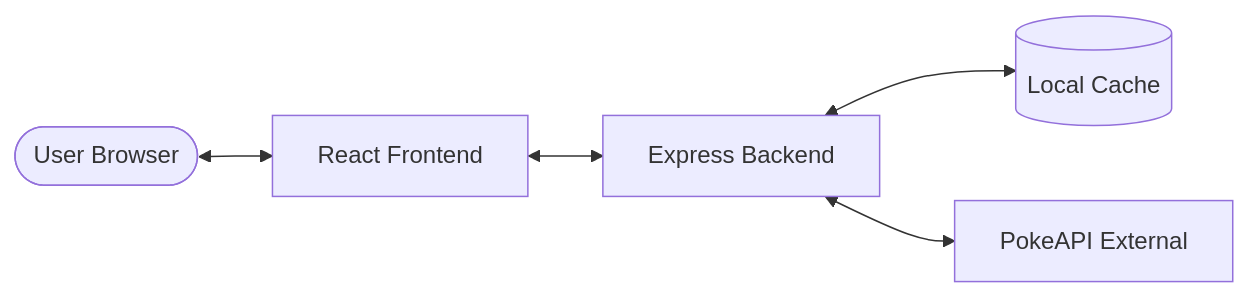
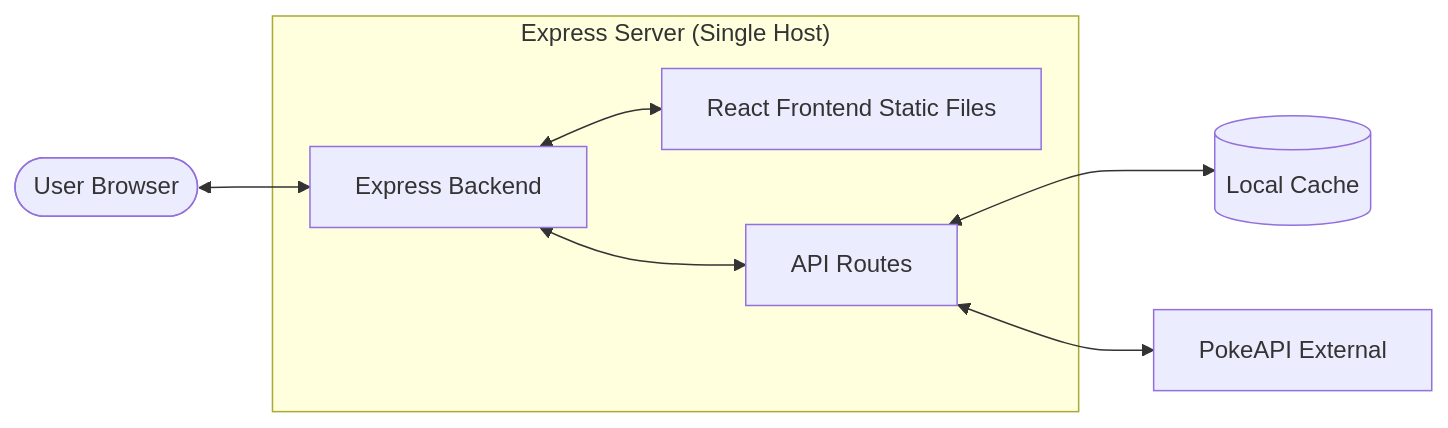
The diagram in README.md (j7rojas/kantopokedex2026), drawn with Mermaid before and after one commit. The commit also changed other lines of this file and 1 other file, not shown here.

First line of the commit message:
fixed serving api instead of react app

````diff
--- a/README.md
+++ b/README.md
@@ -54,7 +54,10 @@
 ```mermaid
 graph LR
-    User([User Browser]) <--> React[React Frontend]
-    React <--> Express[Express Backend]
-    Express <--> Cache[(Local Cache)]
-    Express <--> PokeAPI[PokeAPI External]
+    User([User Browser]) <--> Express[Express Backend]
+    subgraph "Express Server (Single Host)"
+        Express <--> Client[React Frontend Static Files]
+        Express <--> API[API Routes]
+    end
+    API <--> Cache[(Local Cache)]
+    API <--> PokeAPI[PokeAPI External]
 ```
````
